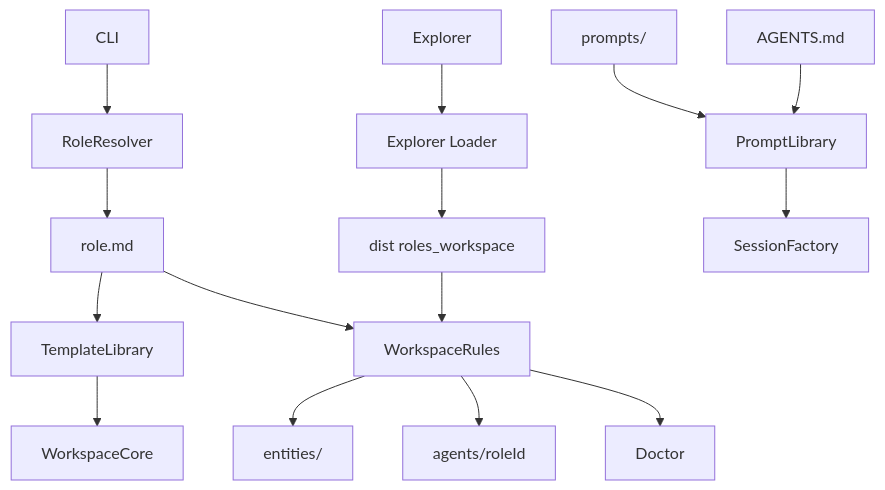
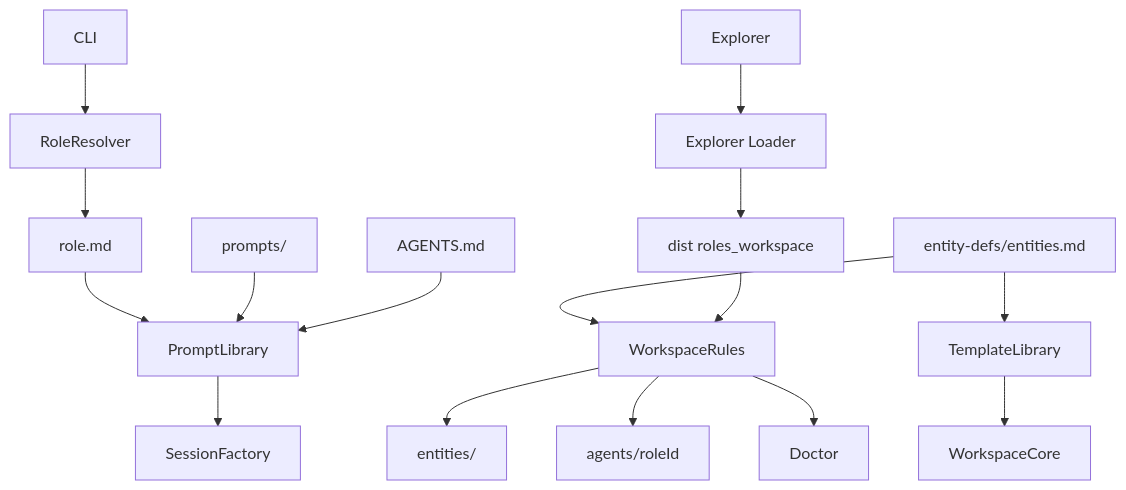
One commit to benschrauwen/hermit changed the diagram in docs/architecture.md. Above: the diagram before and after it, drawn with Mermaid. The commit also changed other lines of this file and 15 other files, not shown here.

Commit message:
move entity definitions, make entities generic

````diff
--- a/docs/architecture.md
+++ b/docs/architecture.md
@@ -90,17 +92,18 @@
 ```mermaid
 flowchart TD
   cli[CLI] --> roleResolver[RoleResolver]
   explorer[Explorer] --> explorerLoader[Explorer Loader]
   explorerLoader --> workspaceDist[dist roles_workspace]
   roleResolver --> roleManifest[role.md]
-  roleManifest --> templateLibrary[TemplateLibrary]
-  roleManifest --> workspaceRules[WorkspaceRules]
+  entityDefs[entity-defs/entities.md] --> templateLibrary[TemplateLibrary]
+  entityDefs --> workspaceRules[WorkspaceRules]
+  roleManifest --> promptLibrary[PromptLibrary]
   workspaceRules --> entitiesData[entities/]
   workspaceRules --> agentData[agents/roleId]
   sharedPrompts[prompts/] --> promptLibrary[PromptLibrary]
   agentsMd[AGENTS.md] --> promptLibrary
   promptLibrary --> sessionFactory[SessionFactory]
   templateLibrary --> workspaceCore[WorkspaceCore]
   workspaceDist --> workspaceRules
   workspaceRules --> doctor[Doctor]
 ```
````
